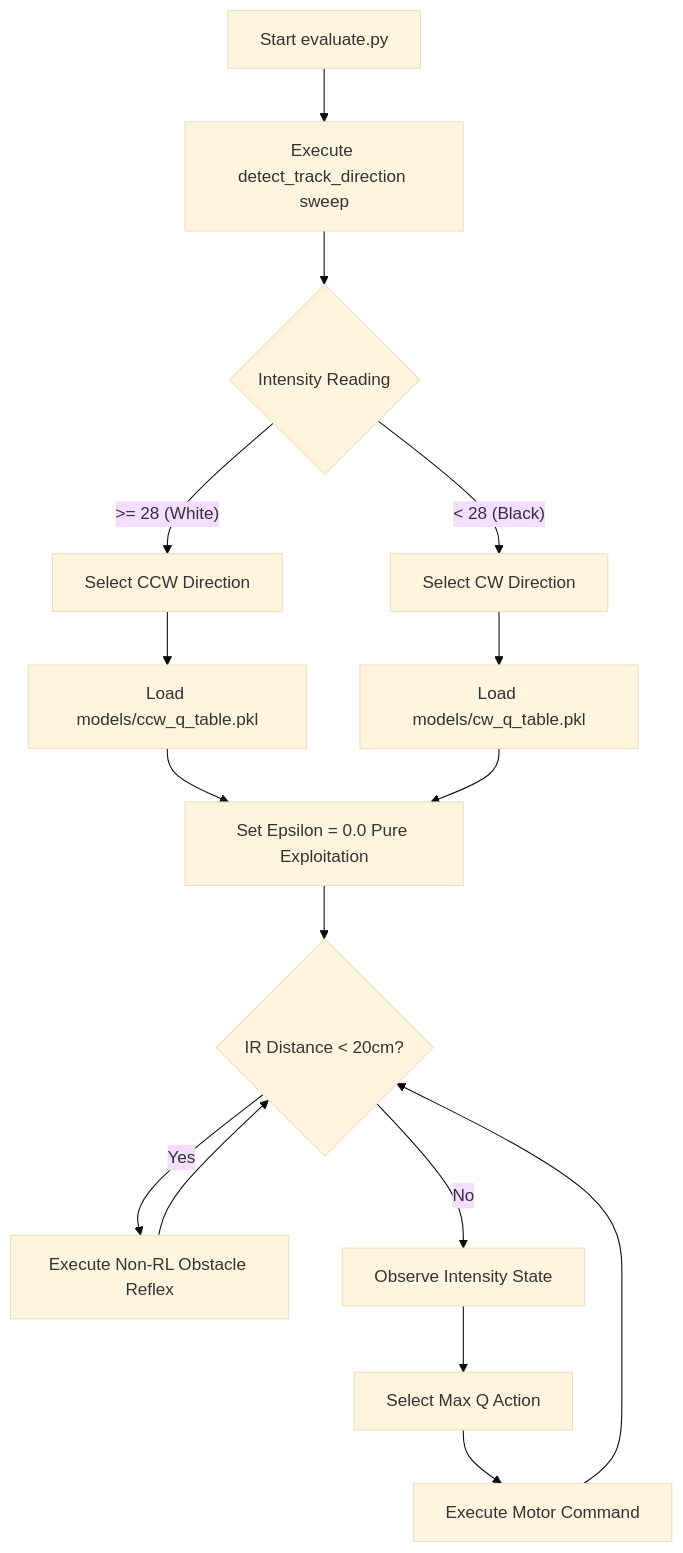
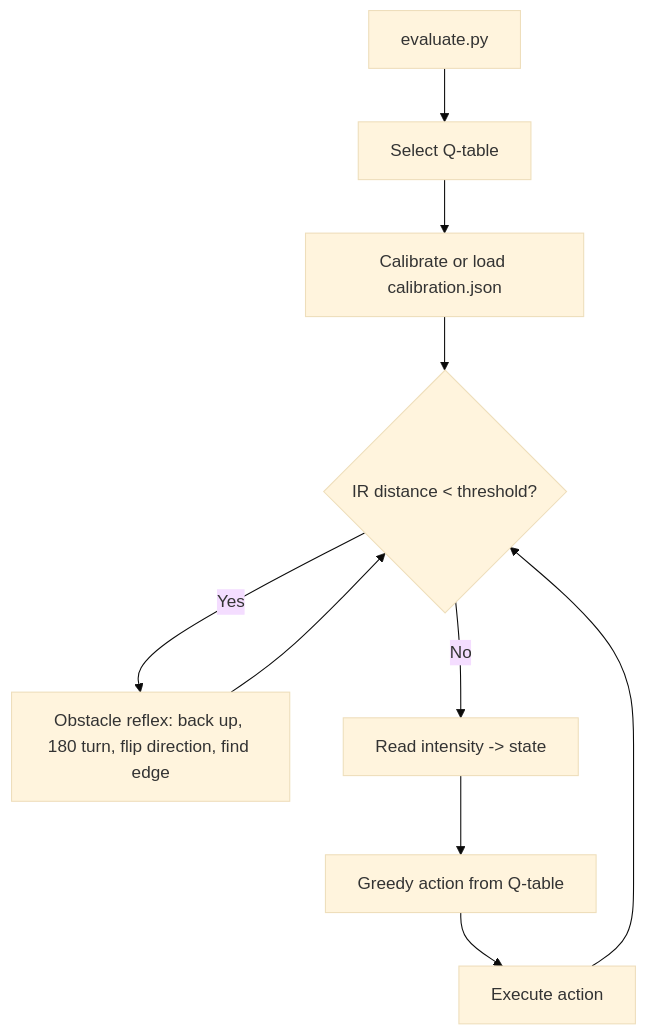
Before and after one commit to udeepa15/Q-Learning-RV3: the diagram in docs/RUNNING_GUIDE.md, drawn with Mermaid (base theme). The commit also changed other lines of this file and 9 other files, not shown here.

````diff
--- a/docs/RUNNING_GUIDE.md
+++ b/docs/RUNNING_GUIDE.md
@@ -81,18 +56,12 @@
 ```mermaid
 flowchart TD
-    A[Start evaluate.py] --> B[Execute detect_track_direction sweep]
-    B --> C{Intensity Reading}
-    C -- >= 28 (White) --> D[Select CCW Direction]
-    C -- < 28 (Black) --> E[Select CW Direction]
-    D --> F[Load models/ccw_q_table.pkl]
-    E --> G[Load models/cw_q_table.pkl]
-    F --> H[Set Epsilon = 0.0 Pure Exploitation]
-    G --> H
-    H --> I{IR Distance < 20cm?}
-    I -- Yes --> J[Execute Non-RL Obstacle Reflex]
-    I -- No --> K[Observe Intensity State]
-    J --> I
-    K --> L[Select Max Q Action]
-    L --> M[Execute Motor Command]
-    M --> I
+    A[evaluate.py] --> B[Select Q-table]
+    B --> C[Calibrate or load calibration.json]
+    C --> D{IR distance < threshold?}
+    D -- Yes --> E[Obstacle reflex: back up, 180 turn, flip direction, find edge]
+    E --> D
+    D -- No --> F[Read intensity -> state]
+    F --> G[Greedy action from Q-table]
+    G --> H[Execute action]
+    H --> D
 ```
````
